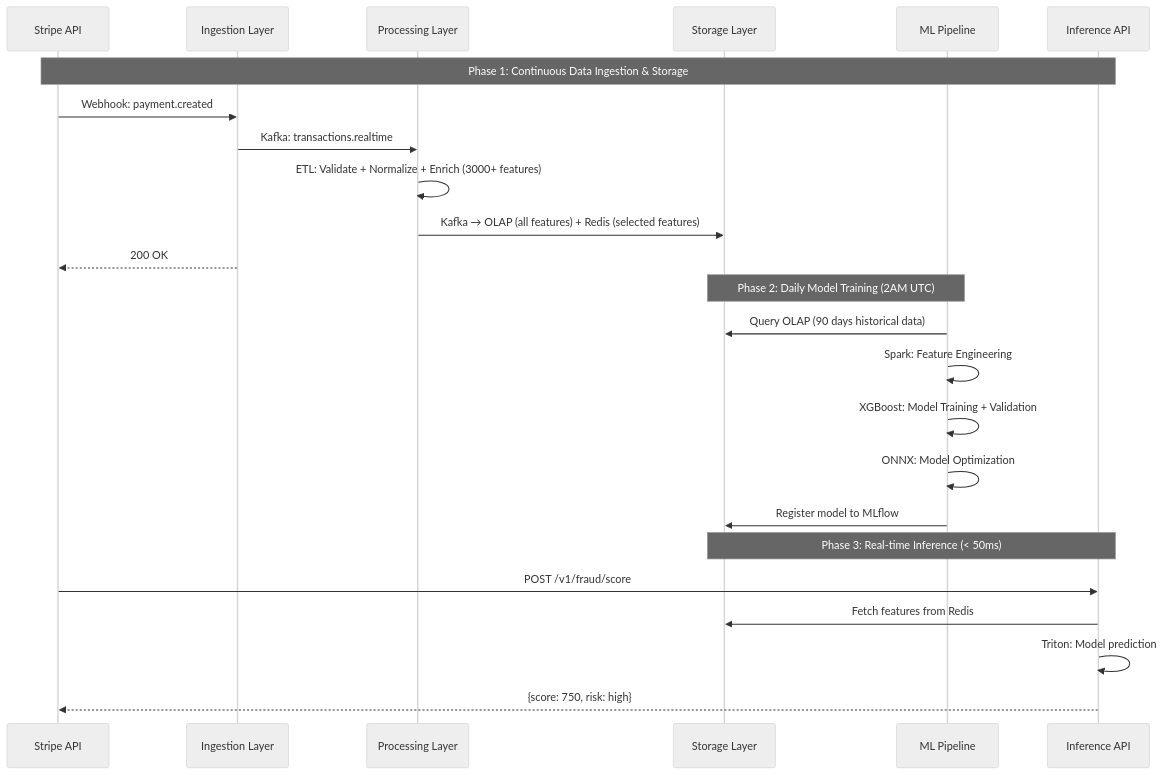
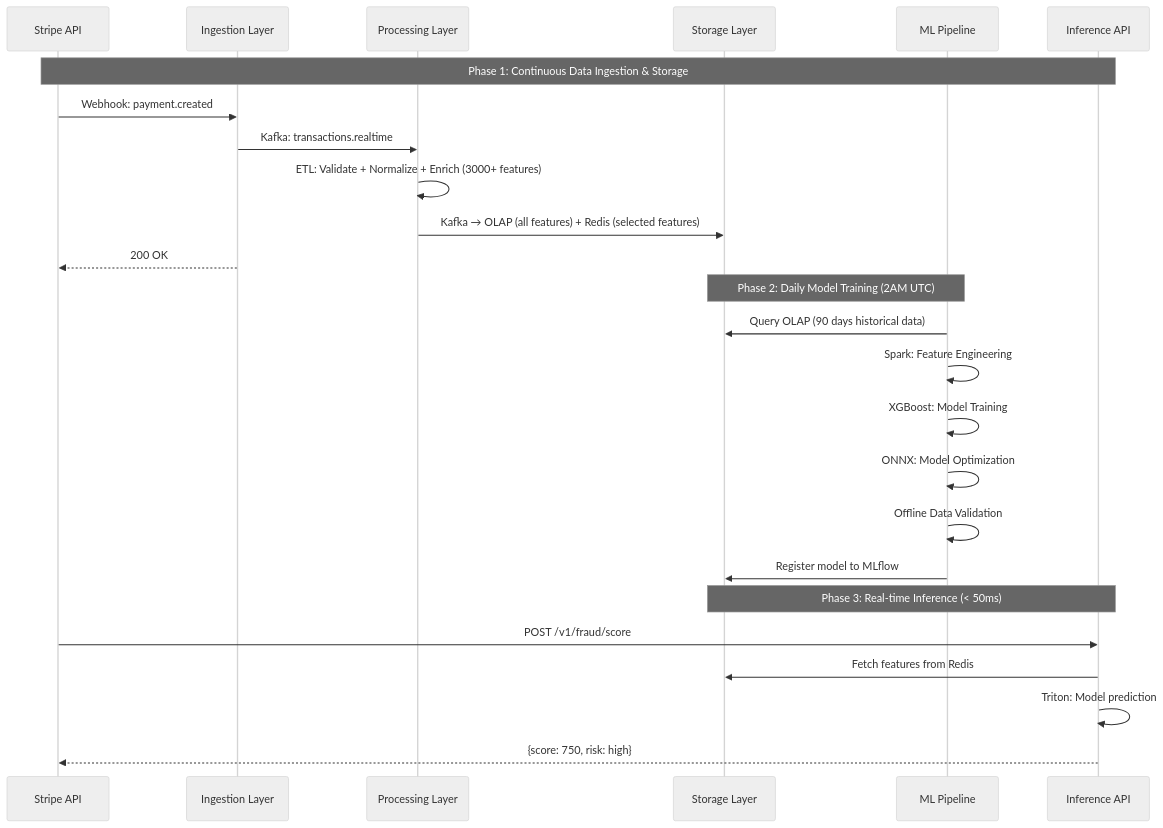
Before and after one commit to ZBcheng/corgi-design: the first of 3 diagrams in solutions.md, drawn with Mermaid (neutral theme).

Commit message:
docs: update MLPipeline data flow

````diff
--- a/solutions.md
+++ b/solutions.md
@@ -53,32 +53,33 @@
 ```mermaid
 sequenceDiagram
     participant Provider as Stripe API
     participant Ingestion as Ingestion Layer
     participant Processing as Processing Layer
     participant Storage as Storage Layer
     participant MLPipeline as ML Pipeline
     participant Inference as Inference API
 
     Note over Provider,Inference: Phase 1: Continuous Data Ingestion & Storage
     
     Provider->>Ingestion: Webhook: payment.created
     Ingestion->>Processing: Kafka: transactions.realtime
     Processing->>Processing: ETL: Validate + Normalize + Enrich (3000+ features)
     Processing->>Storage: Kafka → OLAP (all features) + Redis (selected features)
     Ingestion-->>Provider: 200 OK
 
     Note over Storage,MLPipeline: Phase 2: Daily Model Training (2AM UTC)
     
     MLPipeline->>Storage: Query OLAP (90 days historical data)
     MLPipeline->>MLPipeline: Spark: Feature Engineering
-    MLPipeline->>MLPipeline: XGBoost: Model Training + Validation
+    MLPipeline->>MLPipeline: XGBoost: Model Training
     MLPipeline->>MLPipeline: ONNX: Model Optimization
+    MLPipeline->>MLPipeline: Offline Data Validation
     MLPipeline->>Storage: Register model to MLflow
 
     Note over Storage,Inference: Phase 3: Real-time Inference (< 50ms)
     
     Provider->>Inference: POST /v1/fraud/score
     Inference->>Storage: Fetch features from Redis
     Inference->>Inference: Triton: Model prediction
     Inference-->>Provider: {score: 750, risk: high}
 ```
````
